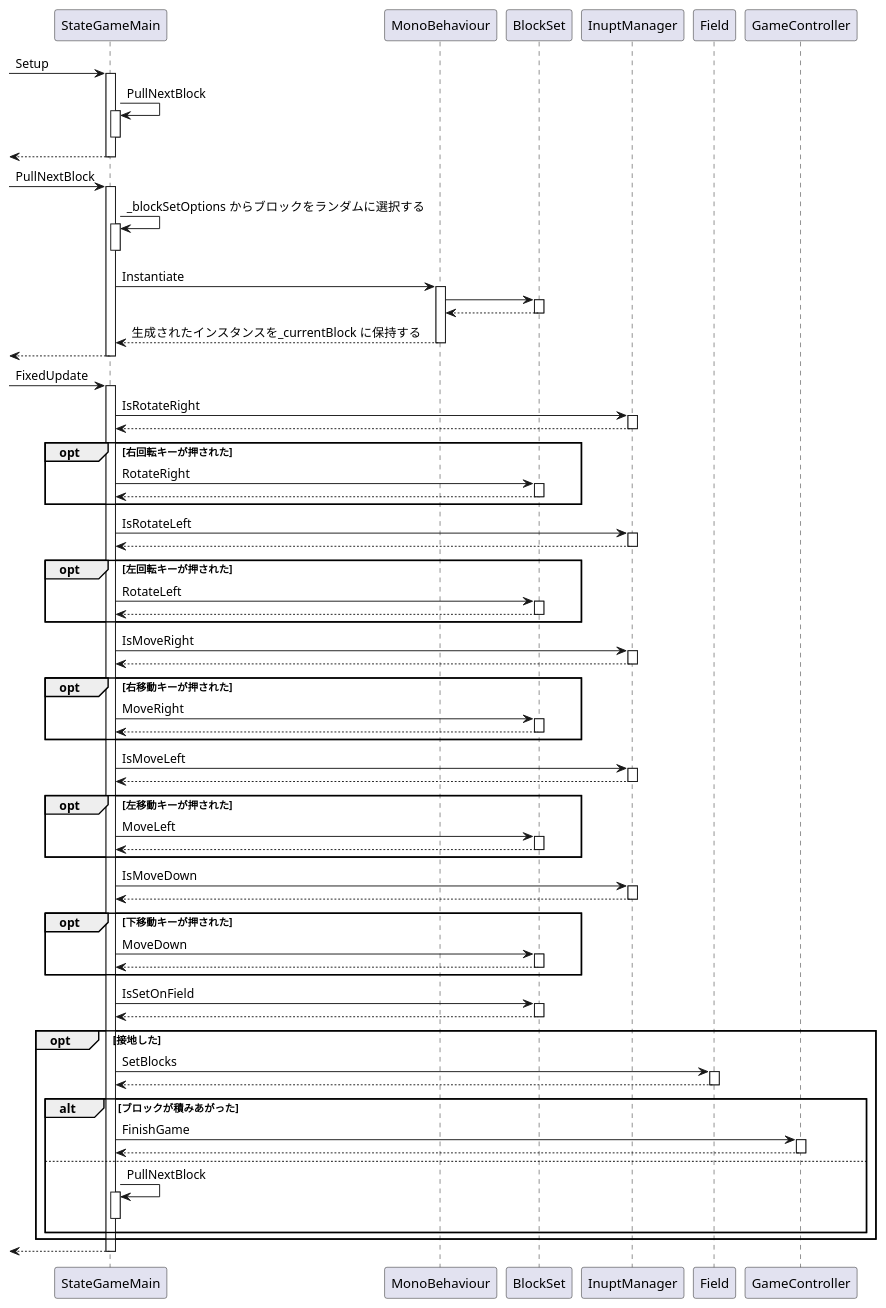
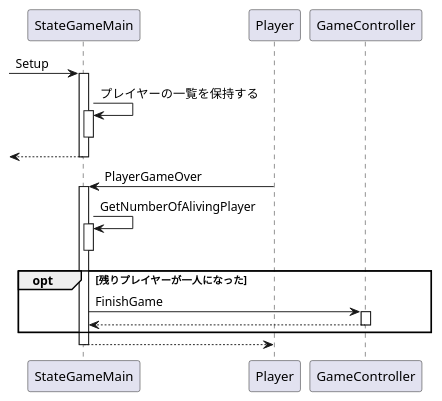
One commit to azarashin/UnityTetris changed the diagram in Documents/PlantUML/SD_StateGameMain.pu. Above: the diagram before and after it, drawn with PlantUML. The commit also changed 3 other files, not shown here.

```diff
--- a/Documents/PlantUML/SD_StateGameMain.pu
+++ b/Documents/PlantUML/SD_StateGameMain.pu
@@ -1,105 +1,26 @@
 @startuml
+
 
 [-> StateGameMain : Setup
 activate StateGameMain
-    StateGameMain -> StateGameMain : PullNextBlock
+    StateGameMain -> StateGameMain : プレイヤーの一覧を保持する
     activate StateGameMain
     deactivate StateGameMain
     [<-- StateGameMain
 deactivate StateGameMain
 
-[-> StateGameMain : PullNextBlock
+Player -> StateGameMain : PlayerGameOver
 activate StateGameMain
-    StateGameMain -> StateGameMain : _blockSetOptions からブロックをランダムに選択する
+    StateGameMain -> StateGameMain : GetNumberOfAlivingPlayer
     activate StateGameMain
     deactivate StateGameMain
-    StateGameMain -> MonoBehaviour : Instantiate
-    activate MonoBehaviour
-        MonoBehaviour -> BlockSet : 
-        activate BlockSet
-            MonoBehaviour <-- BlockSet
-        deactivate BlockSet
-        StateGameMain <-- MonoBehaviour : 生成されたインスタンスを_currentBlock に保持する
-    deactivate MonoBehaviour
-    [<-- StateGameMain
-deactivate StateGameMain
-
-[-> StateGameMain : FixedUpdate
-activate StateGameMain
-    StateGameMain -> InuptManager : IsRotateRight
-    activate InuptManager
-        StateGameMain <-- InuptManager
-    deactivate InuptManager
-    opt 右回転キーが押された
-        StateGameMain -> BlockSet : RotateRight
-        activate BlockSet
-            StateGameMain <-- BlockSet
-        deactivate BlockSet
+    opt 残りプレイヤーが一人になった
+        StateGameMain -> GameController : FinishGame
+        activate GameController
+            StateGameMain <-- GameController
+        deactivate GameController
     end
-    StateGameMain -> InuptManager : IsRotateLeft
-    activate InuptManager
-        StateGameMain <-- InuptManager
-    deactivate InuptManager
-    opt 左回転キーが押された
-        StateGameMain -> BlockSet : RotateLeft
-        activate BlockSet
-            StateGameMain <-- BlockSet
-        deactivate BlockSet
-    end
-    StateGameMain -> InuptManager : IsMoveRight
-    activate InuptManager
-        StateGameMain <-- InuptManager
-    deactivate InuptManager
-    opt 右移動キーが押された
-        StateGameMain -> BlockSet : MoveRight
-        activate BlockSet
-            StateGameMain <-- BlockSet
-        deactivate BlockSet
-    end
-    StateGameMain -> InuptManager : IsMoveLeft
-    activate InuptManager
-        StateGameMain <-- InuptManager
-    deactivate InuptManager
-    opt 左移動キーが押された
-        StateGameMain -> BlockSet : MoveLeft
-        activate BlockSet
-            StateGameMain <-- BlockSet
-        deactivate BlockSet
-    end
-    StateGameMain -> InuptManager : IsMoveDown
-    activate InuptManager
-        StateGameMain <-- InuptManager
-    deactivate InuptManager
-    opt 下移動キーが押された
-        StateGameMain -> BlockSet : MoveDown
-        activate BlockSet
-            StateGameMain <-- BlockSet
-            deactivate BlockSet
-    end
-
-    StateGameMain -> BlockSet : IsSetOnField
-    activate BlockSet
-        StateGameMain <-- BlockSet
-    deactivate BlockSet
-    opt 接地した
-        StateGameMain -> Field : SetBlocks
-        activate Field
-            StateGameMain <-- Field
-        deactivate Field
-        alt ブロックが積みあがった
-            StateGameMain -> GameController : FinishGame
-            activate GameController
-                StateGameMain <-- GameController
-            deactivate GameController
-        else
-            StateGameMain -> StateGameMain : PullNextBlock
-            activate StateGameMain
-            deactivate StateGameMain
-        end
-
-    end
-
-    [<-- StateGameMain
+    Player <-- StateGameMain
 deactivate StateGameMain
 
 @enduml
```
